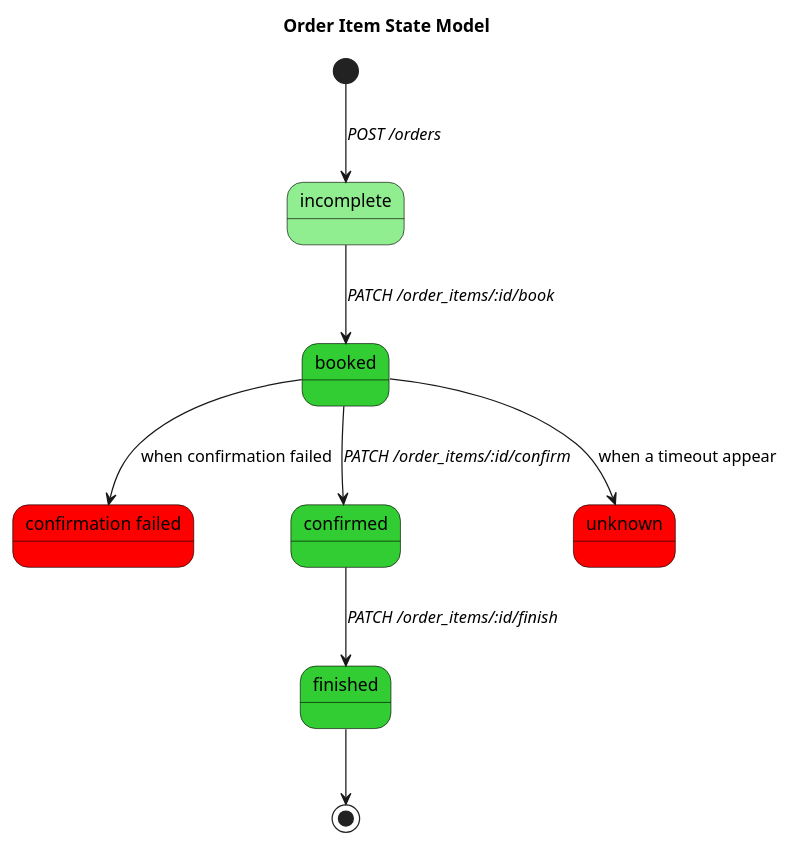
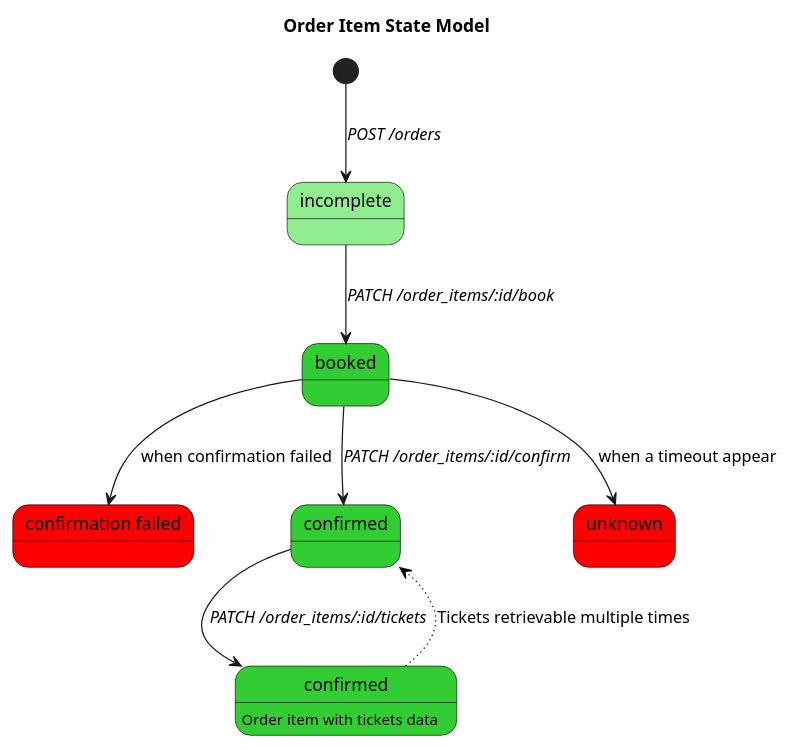
One commit to loco2/locohub-api-documentation changed the diagram in plantUML/orderItem_state_diagram.puml. Above: the diagram before and after it, drawn with PlantUML.

Commit message:
Tickets retrievable multiple times

```diff
--- a/plantUML/orderItem_state_diagram.puml
+++ b/plantUML/orderItem_state_diagram.puml
@@ -1,39 +1,40 @@
 @startuml
 
 ' in order to change this diagram, please got to http://www.planttext.com
 ' http://plantuml.com/en/state-diagram
 	
 skinparam state {
   StartColor Black
   EndColor Black
   BackgroundColor LightYellow
   BackgroundColor<<OrderIncomplete>> LightGreen
   BackgroundColor<<OrderProcessing>> LimeGreen
   BackgroundColor<<OrderProcessed>> Green
   BackgroundColor<<OrderErrored>> Red
   BorderColor Black
 }
 
 title Order Item State Model
 state "incomplete" as Incomplete <<OrderIncomplete>>
 state "booked" as Booked <<OrderProcessing>>
 state "confirmation failed" as ConfirmationFailed <<OrderErrored>>
 state "confirmed" as Confirmed <<OrderProcessing>>
-state "finished" as Finished <<OrderProcessing>>
+state "confirmed" as TicketRetrieved <<OrderProcessing>>
+TicketRetrieved: Order item with tickets data
 state "unknown" as Unknown <<OrderErrored>>
 
 ' nominal case
 [*] -down-> Incomplete : //POST /orders//
 Incomplete -down-> Booked : //PATCH /order_items/:id/book//
 Booked -down-> Confirmed : //PATCH /order_items/:id/confirm//
-Confirmed -down-> Finished : //PATCH /order_items/:id/finish//
-Finished -down-> [*]
+Confirmed -down-> TicketRetrieved : //PATCH /order_items/:id/tickets//
+TicketRetrieved -[#black,dotted]-> Confirmed : Tickets retrievable multiple times
 
 
 ' non nominal case
 Booked --> ConfirmationFailed : when confirmation failed
 Booked --> Unknown : when a timeout appear
 
 ' notes
 
 @enduml
```
